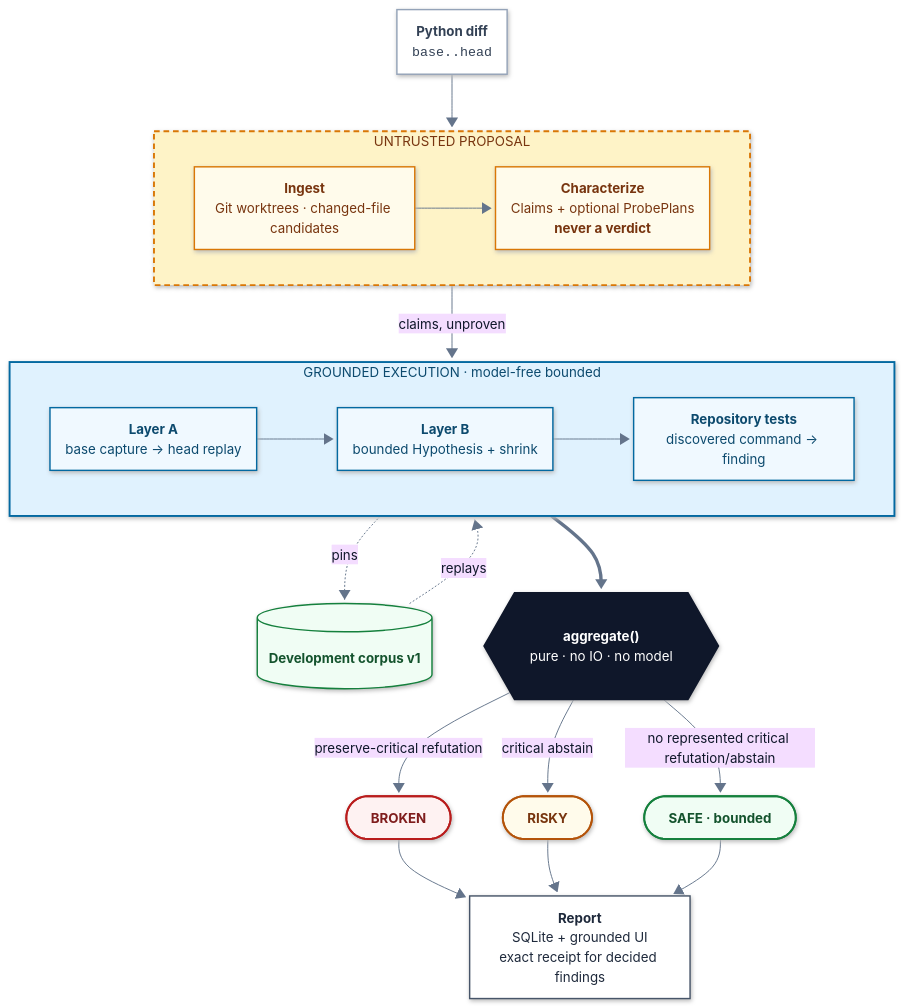
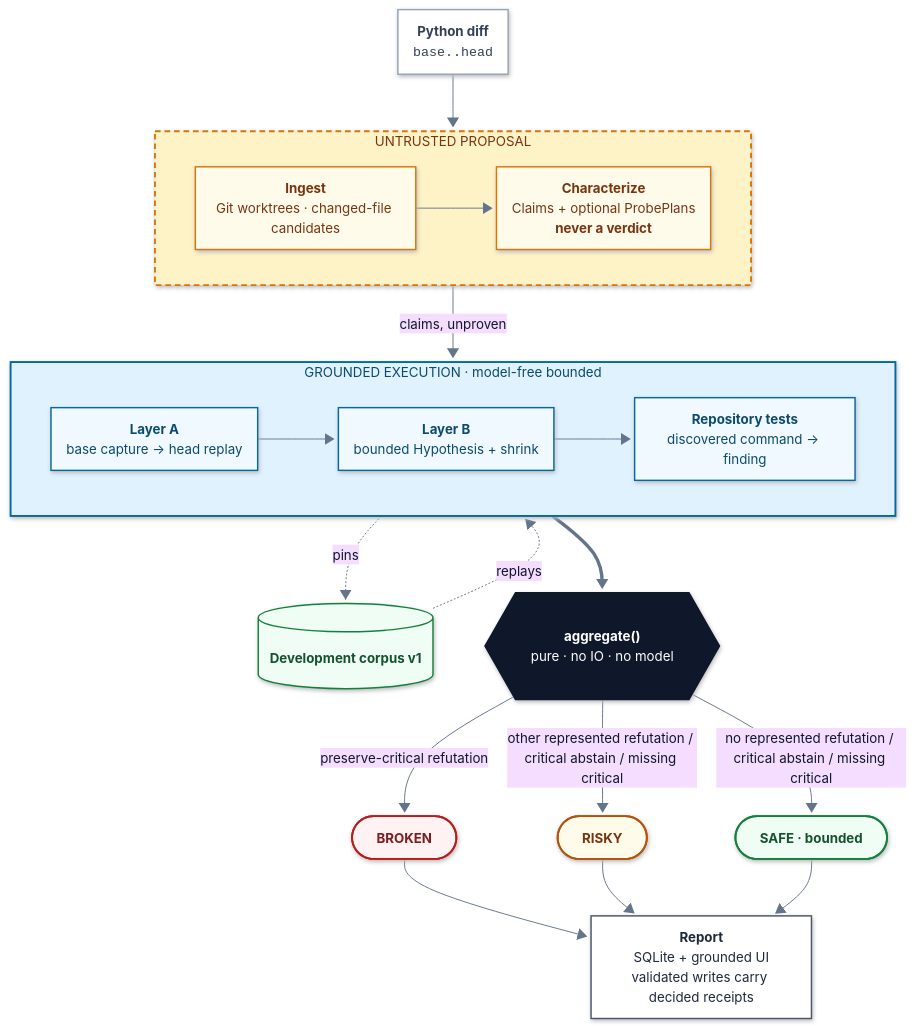
One commit to stefbuilds/cross-examine changed the diagram in README.md. Above: the diagram before and after it, drawn with Mermaid. The commit also changed other lines of this file and 16 other files, not shown here.

Commit message:
docs: complete research roadmap integration

````diff
--- a/README.md
+++ b/README.md
@@ -89,68 +98,68 @@
 ```mermaid
 ---
 config:
   theme: base
   look: neo
   layout: dagre
   themeVariables:
     fontFamily: 'ui-sans-serif, -apple-system, Segoe UI, sans-serif'
     fontSize: 14px
     lineColor: '#64748b'
     primaryTextColor: '#0f172a'
   flowchart:
     curve: basis
     nodeSpacing: 55
     rankSpacing: 60
     padding: 18
     htmlLabels: true
 ---
 flowchart TB
   PR["<b>Python diff</b><br/><code>base..head</code>"]:::input
 
   subgraph U ["UNTRUSTED PROPOSAL"]
     direction LR
     I["<b>Ingest</b><br/>Git worktrees · changed-file candidates"]:::untrusted
     C["<b>Characterize</b><br/>Claims + optional ProbePlans<br/><b>never a verdict</b>"]:::untrusted
     I --> C
   end
 
   subgraph EX ["GROUNDED EXECUTION · model-free bounded"]
     direction LR
     LA["<b>Layer A</b><br/>base capture → head replay"]:::grounded
     LB["<b>Layer B</b><br/>bounded Hypothesis + shrink"]:::grounded
     RT["<b>Repository tests</b><br/>discovered command → finding"]:::grounded
     LA --> LB --> RT
   end
 
   P[("<b>Development corpus v1</b>")]:::corpus
   AG{{"<b>aggregate()</b><br/>pure · no IO · no model"}}:::pure
-  R["<b>Report</b><br/>SQLite + grounded UI<br/>exact receipt for decided findings"]:::report
+  R["<b>Report</b><br/>SQLite + grounded UI<br/>validated writes carry decided receipts"]:::report
 
   PR --> I
   C -- "claims, unproven" --> LA
   RT ==> AG
 
   LA -. "pins" .-> P
   P -. "replays" .-> LA
 
   AG -- "preserve-critical refutation" --> BROKEN(["<b>BROKEN</b>"]):::broken
-  AG -- "critical abstain" --> RISKY(["<b>RISKY</b>"]):::risky
-  AG -- "no represented critical refutation/abstain" --> SAFE(["<b>SAFE · bounded</b>"]):::safe
+  AG -- "other represented refutation / critical abstain / missing critical" --> RISKY(["<b>RISKY</b>"]):::risky
+  AG -- "no represented refutation / critical abstain / missing critical" --> SAFE(["<b>SAFE · bounded</b>"]):::safe
 
   BROKEN --> R
   RISKY --> R
   SAFE --> R
 
   classDef input fill:#ffffff,stroke:#94a3b8,stroke-width:1.5px,color:#334155
   classDef untrusted fill:#fffbeb,stroke:#d97706,stroke-width:1.5px,color:#78350f
   classDef grounded fill:#f0f9ff,stroke:#0369a1,stroke-width:1.5px,color:#0c4a6e
   classDef pure fill:#0f172a,stroke:#0f172a,stroke-width:2px,color:#ffffff
   classDef corpus fill:#f0fdf4,stroke:#15803d,stroke-width:1.5px,color:#14532d
   classDef report fill:#ffffff,stroke:#475569,stroke-width:1.5px,color:#1e293b
   classDef broken fill:#fef2f2,stroke:#b91c1c,stroke-width:2px,color:#7f1d1d
   classDef risky fill:#fffbeb,stroke:#b45309,stroke-width:2px,color:#78350f
   classDef safe fill:#f0fdf4,stroke:#15803d,stroke-width:2px,color:#14532d
 
   style U fill:#fef3c7,stroke:#d97706,stroke-width:2px,stroke-dasharray:6 4,color:#78350f
   style EX fill:#e0f2fe,stroke:#0369a1,stroke-width:2px,color:#0c4a6e
 ```
````
